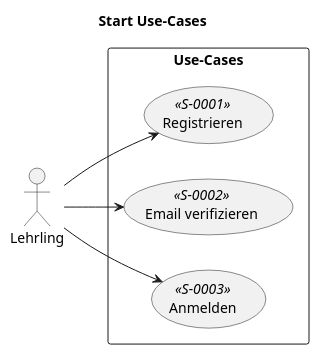
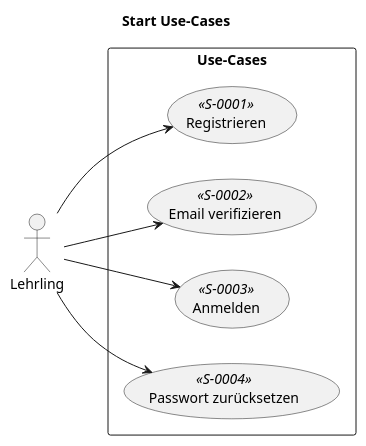
One commit to bztfinformatik/lernportfolio-21r8390-php changed the diagram in docs/LB1/Anforderung/StartUseCases.puml. Above: the diagram before and after it, drawn with PlantUML. The commit also changed 3 other files, not shown here.

```diff
--- a/docs/LB1/Anforderung/StartUseCases.puml
+++ b/docs/LB1/Anforderung/StartUseCases.puml
@@ -1,20 +1,22 @@
 @startuml "Start Use-Cases"
 title "Start Use-Cases"
 left to right direction
 skinparam packageStyle rectangle
 
 ' Akteure
 actor Lehrling
 
 ' Diagramm
 rectangle "Use-Cases" {
     (Registrieren) as (S-0001) <<S-0001>>
     (Email verifizieren) as (S-0002) <<S-0002>>
     (Anmelden) as (S-0003) <<S-0003>>
+    (Passwort zurücksetzen) as (S-0004) <<S-0004>>
 }
 
 ' Verbindungen    
 Lehrling --> (S-0001)
 Lehrling --> (S-0002)
 Lehrling --> (S-0003)
+Lehrling --> (S-0004)
 @enduml
```
